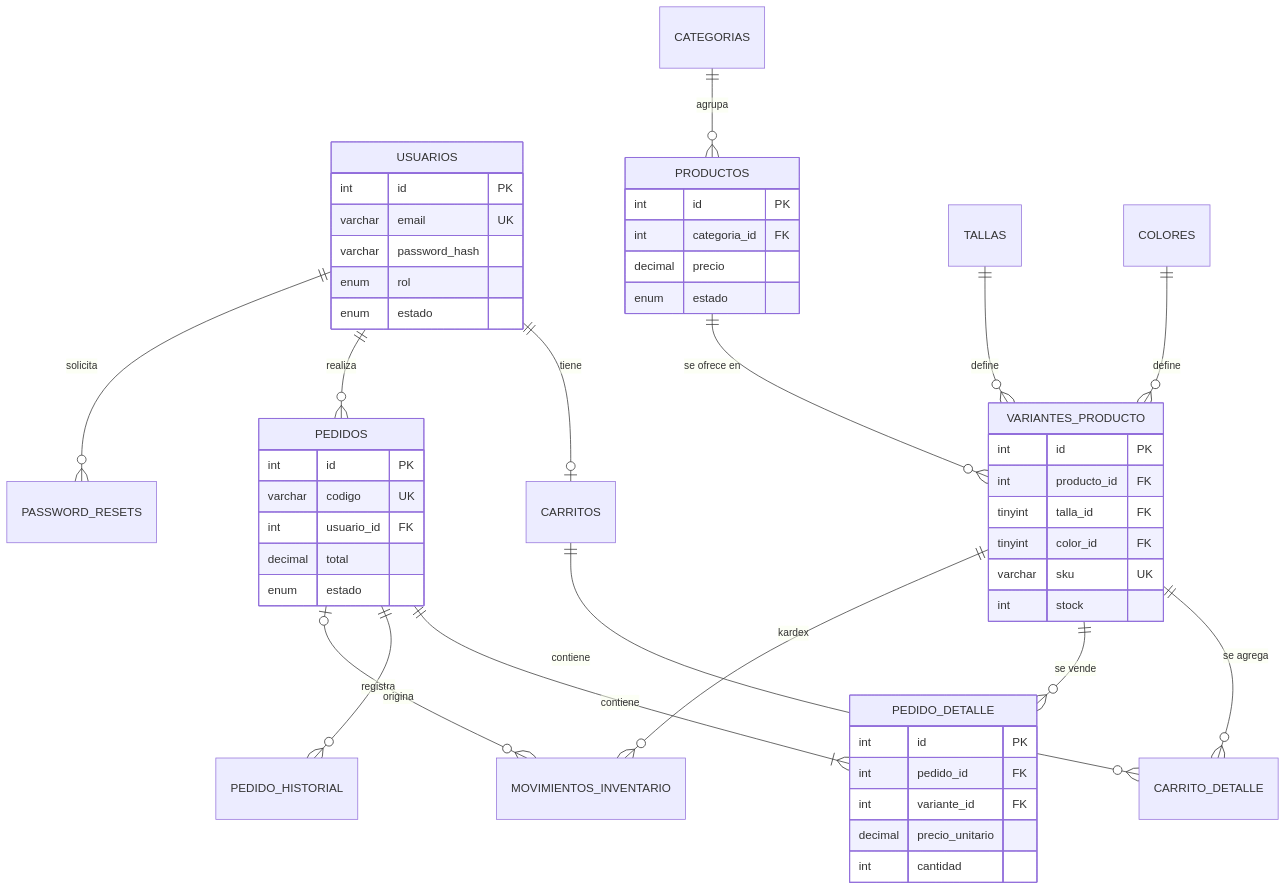
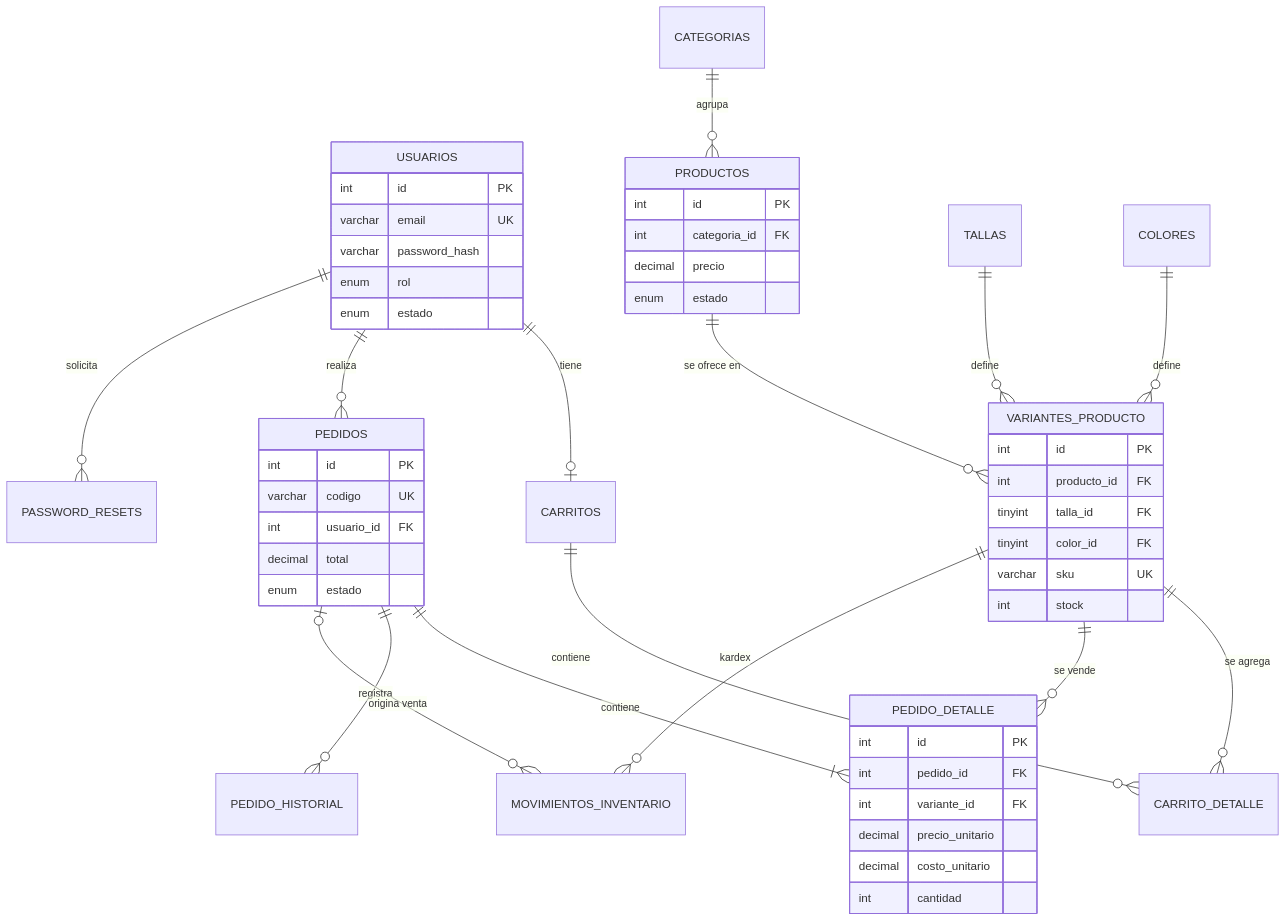
Before and after one commit to wendyalexandrar5-netizen/tienda_ropa: the first of 2 diagrams in docs/BASE_DE_DATOS.md, drawn with Mermaid. The commit also changed other lines of this file and 27 other files, not shown here.

````diff
--- a/docs/BASE_DE_DATOS.md
+++ b/docs/BASE_DE_DATOS.md
@@ -7,43 +9,44 @@
 ```mermaid
 erDiagram
     USUARIOS ||--o| CARRITOS : "tiene"
     USUARIOS ||--o{ PEDIDOS : "realiza"
     USUARIOS ||--o{ PASSWORD_RESETS : "solicita"
     CATEGORIAS ||--o{ PRODUCTOS : "agrupa"
     PRODUCTOS ||--o{ VARIANTES_PRODUCTO : "se ofrece en"
     TALLAS ||--o{ VARIANTES_PRODUCTO : "define"
     COLORES ||--o{ VARIANTES_PRODUCTO : "define"
     CARRITOS ||--o{ CARRITO_DETALLE : "contiene"
     VARIANTES_PRODUCTO ||--o{ CARRITO_DETALLE : "se agrega"
     PEDIDOS ||--|{ PEDIDO_DETALLE : "contiene"
     VARIANTES_PRODUCTO ||--o{ PEDIDO_DETALLE : "se vende"
     PEDIDOS ||--o{ PEDIDO_HISTORIAL : "registra"
     VARIANTES_PRODUCTO ||--o{ MOVIMIENTOS_INVENTARIO : "kardex"
-    PEDIDOS |o--o{ MOVIMIENTOS_INVENTARIO : "origina"
+    PEDIDOS |o--o{ MOVIMIENTOS_INVENTARIO : "origina venta"
 
     USUARIOS { int id PK
                varchar email UK
                varchar password_hash
                enum rol
                enum estado }
     PRODUCTOS { int id PK
                 int categoria_id FK
                 decimal precio
                 enum estado }
     VARIANTES_PRODUCTO { int id PK
                          int producto_id FK
                          tinyint talla_id FK
                          tinyint color_id FK
                          varchar sku UK
                          int stock }
     PEDIDOS { int id PK
               varchar codigo UK
               int usuario_id FK
               decimal total
               enum estado }
     PEDIDO_DETALLE { int id PK
                      int pedido_id FK
                      int variante_id FK
                      decimal precio_unitario
+                     decimal costo_unitario
                      int cantidad }
 ```
````
